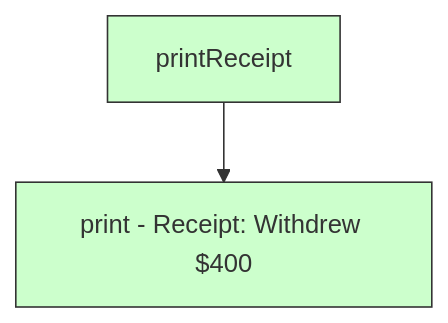
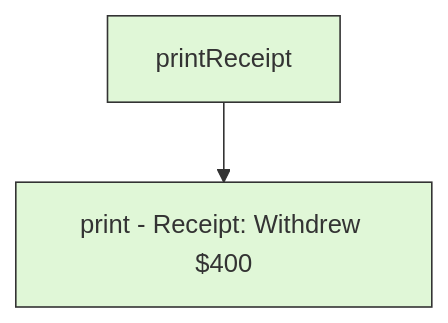
Before and after one commit to oppia/oppia-android: the fourth of 7 diagrams in wiki/Writing-tests-with-good-behavioural-coverage.md, drawn with Mermaid. The commit also changed other lines of this file, not shown here.

Commit message:
Common color codes for all graph illustrations

````diff
--- a/wiki/Writing-tests-with-good-behavioural-coverage.md
+++ b/wiki/Writing-tests-with-good-behavioural-coverage.md
@@ -1374,7 +1374,7 @@
 ```mermaid
 graph TD
     F[printReceipt] --> G[print - Receipt: Withdrew $400]
 
-    style F fill:#cfc,stroke:#333,stroke-width:1px
-    style G fill:#cfc,stroke:#333,stroke-width:1px
+    style F fill:#e0f7d7,stroke:#333,stroke-width:1px
+    style G fill:#e0f7d7,stroke:#333,stroke-width:1px
 ```
````
